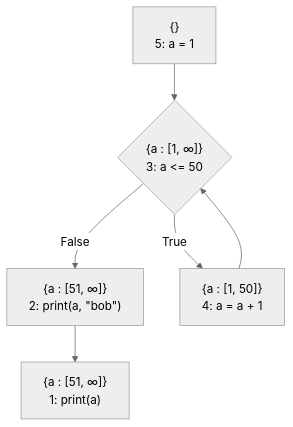
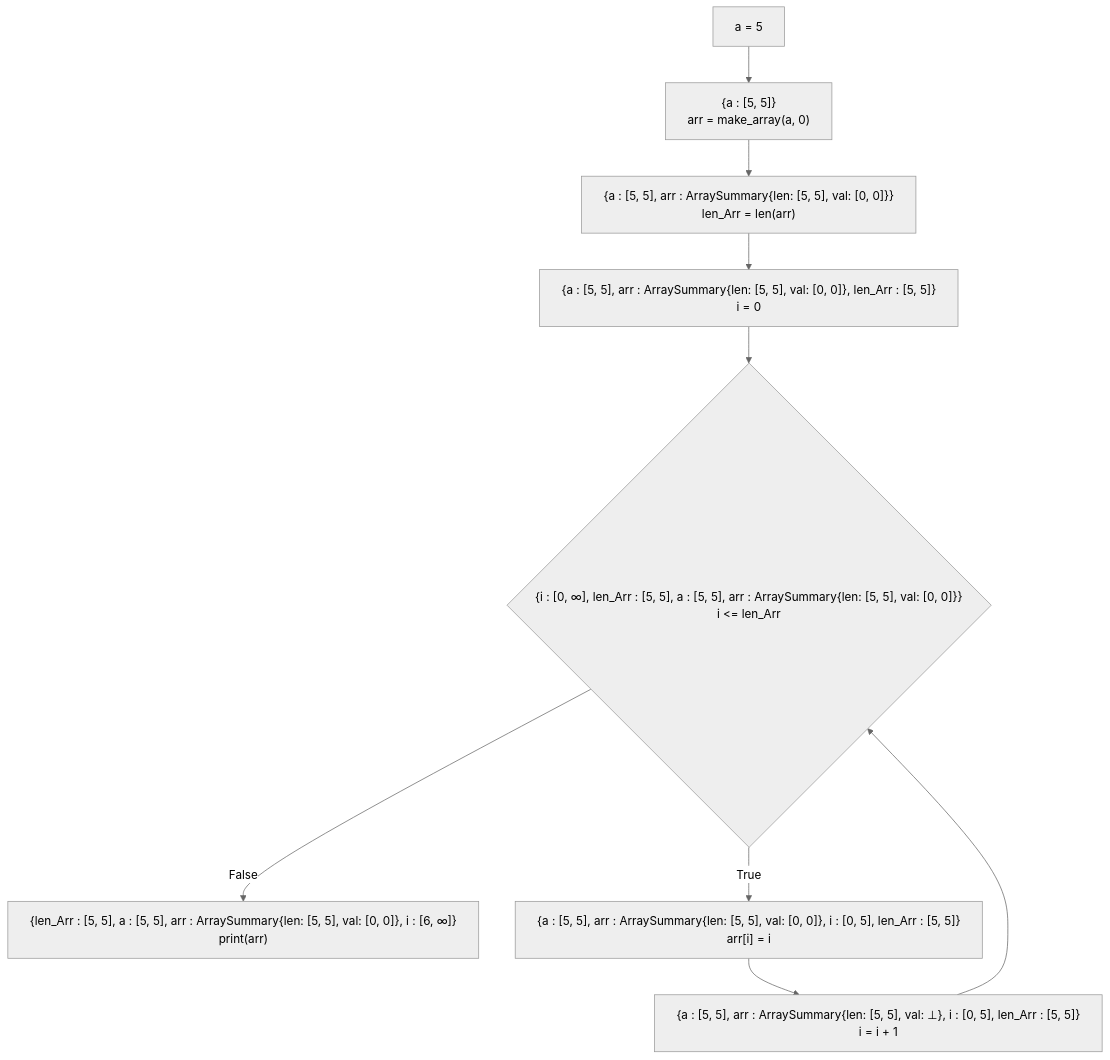
The diagram in traceinspector/test_files/test.md (kookmin-sw/2026-capstone-02), drawn with Mermaid (neutral theme) before and after one commit. The commit also changed 6 other files, not shown here.

````diff
--- a/traceinspector/test_files/test.md
+++ b/traceinspector/test_files/test.md
@@ -2,27 +2,38 @@
 ```mermaid
 ---
 config:
     "markdownAutoWrap": false
 ---
 flowchart TD
-4["`{a : [1, 50]}
-4: a = a + 1`"]
+6["`{a : [5, 5], arr : ArraySummary{len: [5, 5], val: [0, 0]}}
+len_Arr = len(arr)`"]
 
-5["`{}
-5: a = 1`"]
+7["`{a : [5, 5]}
+arr = make_array(a, 0)`"]
 
-1["`{a : [51, ∞]}
-1: print(a)`"]
+8["`a = 5`"]
 
-2["`{a : [51, ∞]}
-2: print(a, #34;bob#34;)`"]
+1["`{len_Arr : [5, 5], a : [5, 5], arr : ArraySummary{len: [5, 5], val: [0, 0]}, i : [6, ∞]}
+print(arr)`"]
 
-3{"`{a : [1, ∞]}
-3: a <= 50`"}
+2{"`{i : [0, ∞], len_Arr : [5, 5], a : [5, 5], arr : ArraySummary{len: [5, 5], val: [0, 0]}}
+i <= len_Arr`"}
 
-2 --> 1
+3["`{a : [5, 5], arr : ArraySummary{len: [5, 5], val: ⊥}, i : [0, 5], len_Arr : [5, 5]}
+i = i + 1`"]
+
+4["`{a : [5, 5], arr : ArraySummary{len: [5, 5], val: [0, 0]}, i : [0, 5], len_Arr : [5, 5]}
+arr[i] = i`"]
+
+5["`{a : [5, 5], arr : ArraySummary{len: [5, 5], val: [0, 0]}, len_Arr : [5, 5]}
+i = 0`"]
+
+7 --> 6
+8 --> 7
+3 --> 2
 4 --> 3
-3 -- True --> 4
-3 -- False --> 2
-5 --> 3
+2 -- True --> 4
+2 -- False --> 1
+5 --> 2
+6 --> 5
 ```
````
